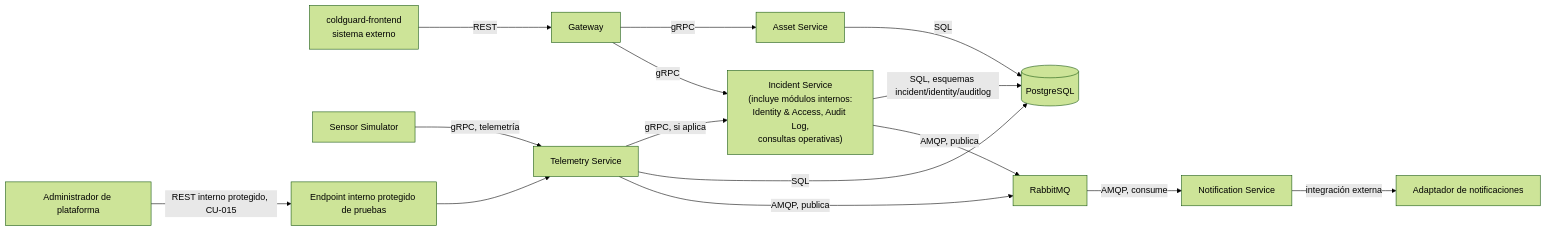
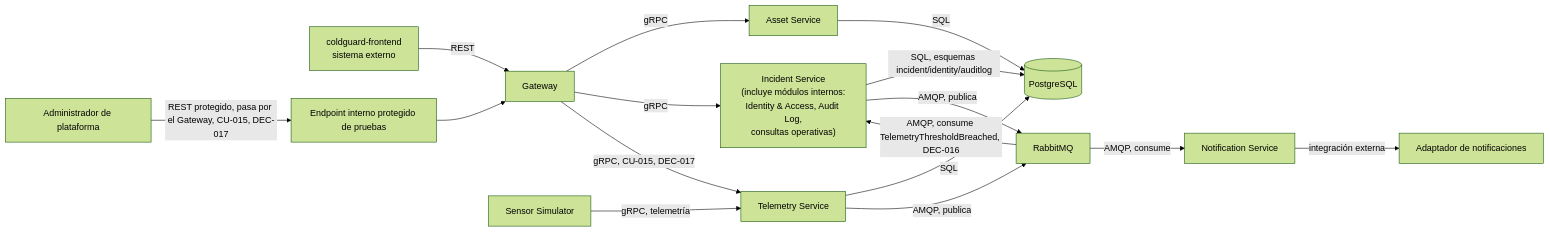
One commit to marcomiler/coldguard-platform changed the diagram in docs/architecture/container-diagram.md. Above: the diagram before and after it, drawn with Mermaid (forest theme). The commit also changed 18 other files, not shown here.

````diff
--- a/docs/architecture/container-diagram.md
+++ b/docs/architecture/container-diagram.md
@@ -8,17 +8,18 @@
 ```mermaid
 flowchart LR
   FE[coldguard-frontend<br/>sistema externo] -->|REST| GW[Gateway]
   GW -->|gRPC| AS[Asset Service]
   GW -->|gRPC| IS["Incident Service<br/>(incluye módulos internos:<br/>Identity & Access, Audit Log,<br/>consultas operativas)"]
   Simulator[Sensor Simulator] -->|gRPC, telemetría| TS[Telemetry Service]
-  Admin[Administrador de plataforma] -->|REST interno protegido, CU-015| TestEndpoint[Endpoint interno protegido de pruebas]
-  TestEndpoint --> TS
-  TS -->|gRPC, si aplica| IS
+  Admin[Administrador de plataforma] -->|REST protegido, pasa por el Gateway, CU-015, DEC-017| TestEndpoint[Endpoint interno protegido de pruebas]
+  TestEndpoint --> GW
+  MQ -->|AMQP, consume TelemetryThresholdBreached, DEC-016| IS
+  GW -->|gRPC, CU-015, DEC-017| TS
   TS -->|SQL| DB[(PostgreSQL)]
   AS -->|SQL| DB
   IS -->|SQL, esquemas incident/identity/auditlog| DB
   TS -->|AMQP, publica| MQ[RabbitMQ]
   IS -->|AMQP, publica| MQ
   MQ -->|AMQP, consume| NS[Notification Service]
   NS -->|integración externa| Mail[Adaptador de notificaciones]
 ```
````
